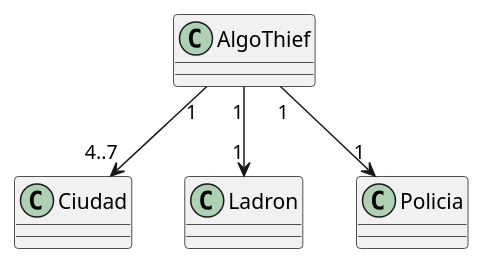
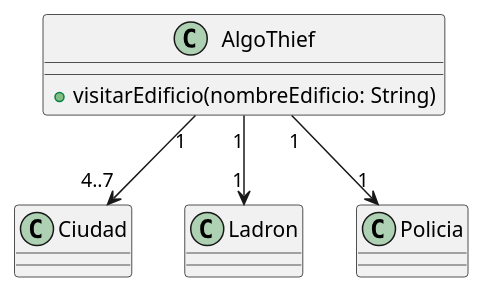
The diagram in diagrams/classes/clase_algothief.plantuml (MegaRedHand/algo-thief), drawn with PlantUML before and after one commit. The commit also changed 2 other files, not shown here.

Commit message:
Agrego cambios a los diagramas
- agrego los métodos del diagrama de secuencia a los de clases
- agrego el cronómetro al diagrama del policía

```diff
--- a/diagrams/classes/clase_algothief.plantuml
+++ b/diagrams/classes/clase_algothief.plantuml
@@ -1,9 +1,11 @@
 @startuml
 
-class AlgoThief
+class AlgoThief {
+    + visitarEdificio(nombreEdificio: String)
+}
 
 AlgoThief "1" --> "4..7" Ciudad
 AlgoThief "1" --> "1" Ladron
 AlgoThief "1" --> "1" Policia
 
 @enduml
```
